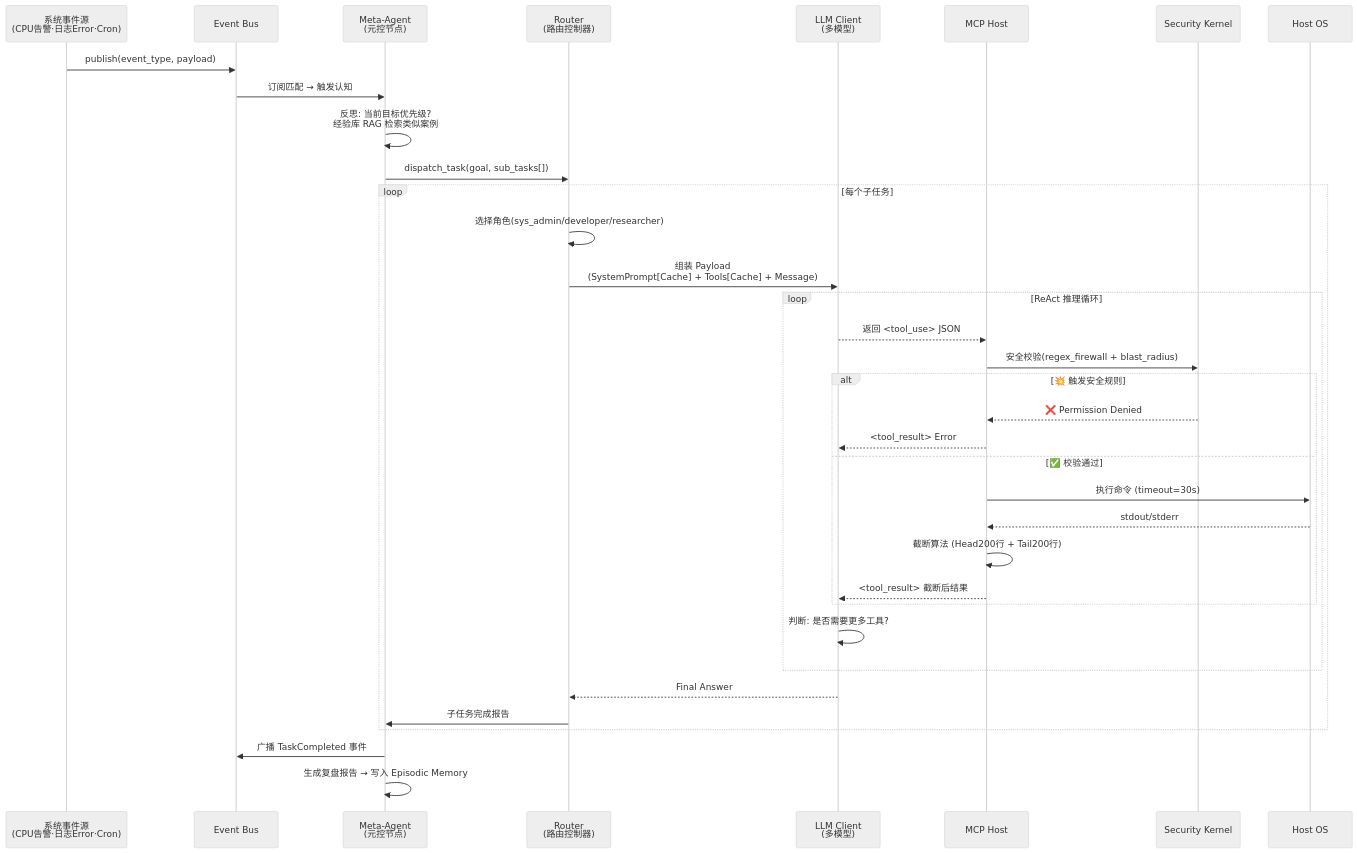
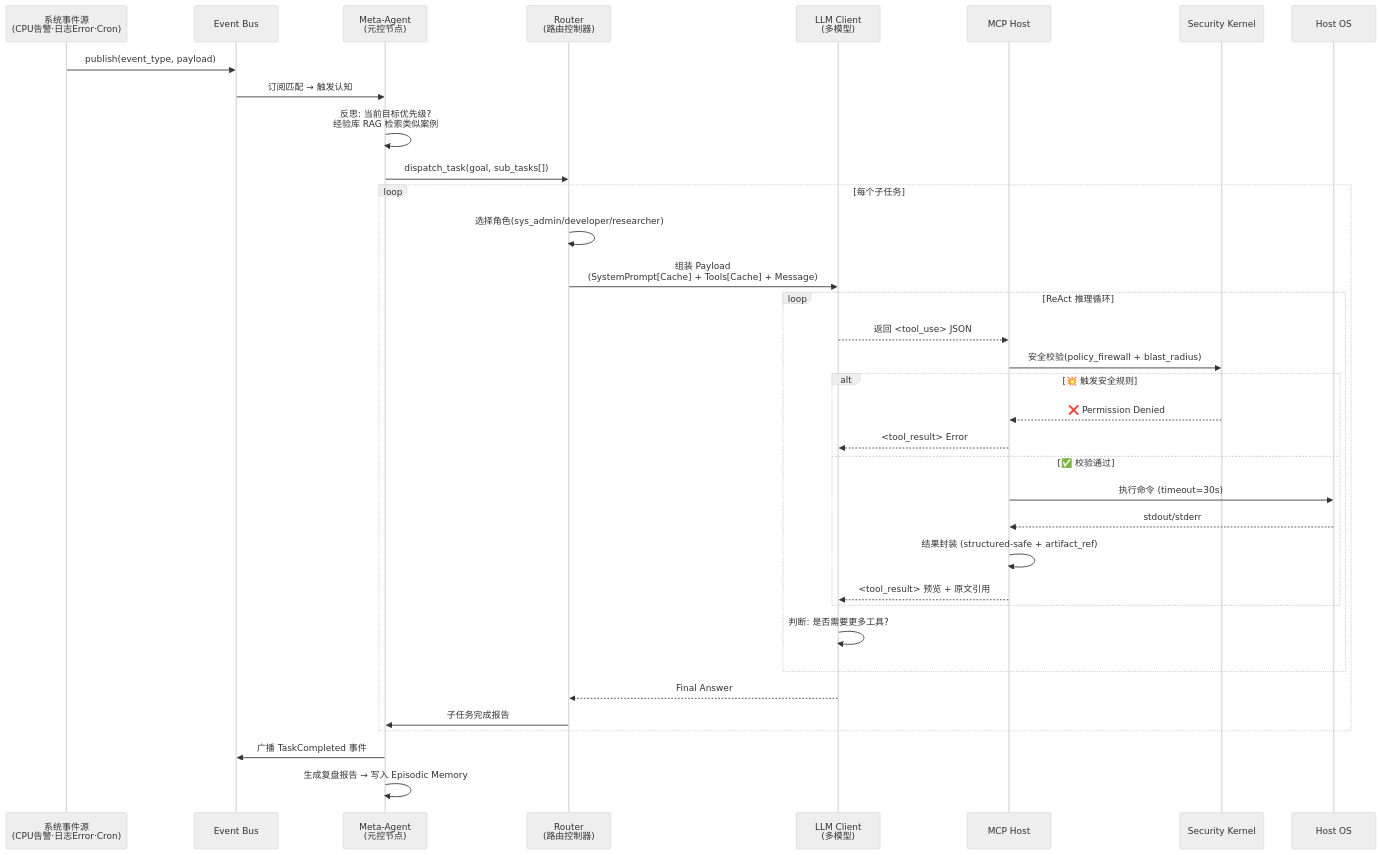
The second of 12 diagrams in doc/00-omni-operator-architecture.md (Yidhar/Embla_System), drawn with Mermaid (neutral theme) before and after one commit. The commit also changed other lines of this file and 13 other files, not shown here.

Commit message:
docs: refresh architecture specs and security blindspot baseline

````diff
--- a/doc/00-omni-operator-architecture.md
+++ b/doc/00-omni-operator-architecture.md
@@ -267,45 +269,45 @@
 ```mermaid
 sequenceDiagram
     participant SysEvent as 系统事件源<br/>(CPU告警·日志Error·Cron)
     participant EB as Event Bus
     participant META as Meta-Agent<br/>(元控节点)
     participant ROUTER as Router<br/>(路由控制器)
     participant LLM as LLM Client<br/>(多模型)
     participant MCP as MCP Host
     participant SEC as Security Kernel
     participant OS as Host OS
 
     SysEvent->>EB: publish(event_type, payload)
     EB->>META: 订阅匹配 → 触发认知
 
     META->>META: 反思: 当前目标优先级?<br/>经验库 RAG 检索类似案例
     META->>ROUTER: dispatch_task(goal, sub_tasks[])
 
     loop 每个子任务
         ROUTER->>ROUTER: 选择角色(sys_admin/developer/researcher)
         ROUTER->>LLM: 组装 Payload<br/>(SystemPrompt[Cache] + Tools[Cache] + Message)
 
         loop ReAct 推理循环
             LLM-->>MCP: 返回 <tool_use> JSON
-            MCP->>SEC: 安全校验(regex_firewall + blast_radius)
+            MCP->>SEC: 安全校验(policy_firewall + blast_radius)
 
             alt 💥 触发安全规则
                 SEC-->>MCP: ❌ Permission Denied
                 MCP-->>LLM: <tool_result> Error
             else ✅ 校验通过
                 MCP->>OS: 执行命令 (timeout=30s)
                 OS-->>MCP: stdout/stderr
-                MCP->>MCP: 截断算法 (Head200行 + Tail200行)
-                MCP-->>LLM: <tool_result> 截断后结果
+                MCP->>MCP: 结果封装 (structured-safe + artifact_ref)
+                MCP-->>LLM: <tool_result> 预览 + 原文引用
             end
 
             LLM->>LLM: 判断: 是否需要更多工具?
         end
 
         LLM-->>ROUTER: Final Answer
         ROUTER->>META: 子任务完成报告
     end
 
     META->>EB: 广播 TaskCompleted 事件
     META->>META: 生成复盘报告 → 写入 Episodic Memory
 ```
````
